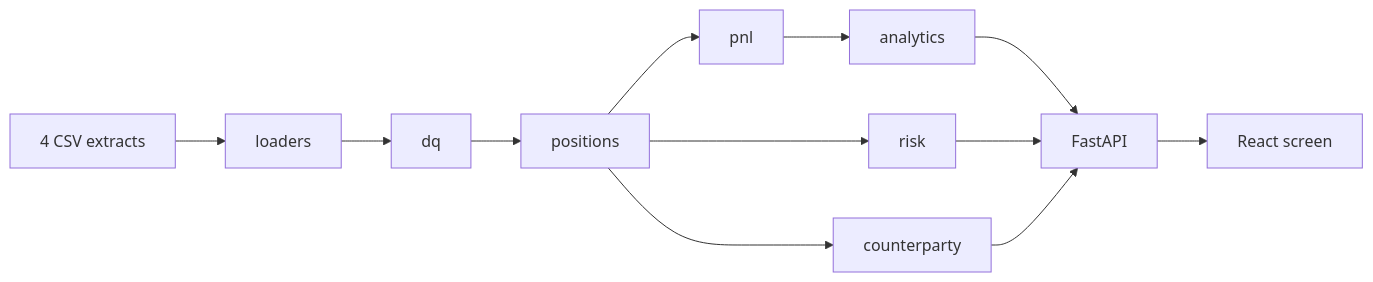
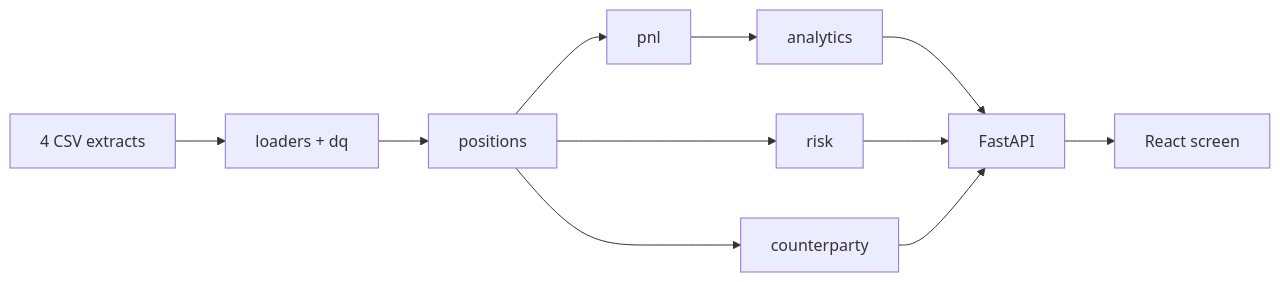
The first of 2 diagrams in README.md (akaloic/risk-pnl-dashboard), drawn with Mermaid before and after one commit.

Commit message:
docs: collapse loaders and dq into one node in the pipeline diagram
The diagram ran eight nodes wide, so GitHub scaled it down to fit the README
column and the labels came out small -- which defeats a diagram whose whole job
is to be understood before anything is read.

loaders and dq are two modules and one idea at this zoom: get the extracts in
and make them safe to price. The split between them matters when you are
reading the code, and docs/DESIGN.md is where that is explained. The node keeps
both names so the mapping to the modules survives.

````diff
--- a/README.md
+++ b/README.md
@@ -8,8 +8,7 @@
 ```mermaid
 flowchart LR
-  CSV["4 CSV extracts"] --> loaders --> dq --> positions
-  positions --> pnl --> analytics --> api["FastAPI"]
+  CSV["4 CSV extracts"] --> ingest["loaders + dq"] --> positions
+  positions --> pnl --> analytics --> api["FastAPI"] --> ui["React screen"]
   positions --> risk --> api
   positions --> counterparty --> api
-  api --> ui["React screen"]
 ```
````
